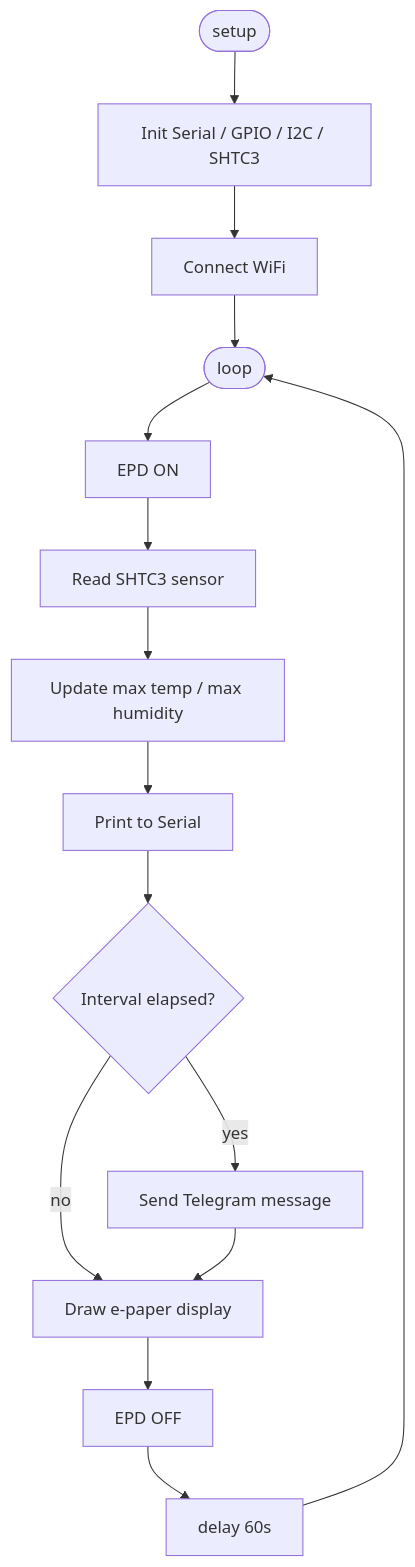
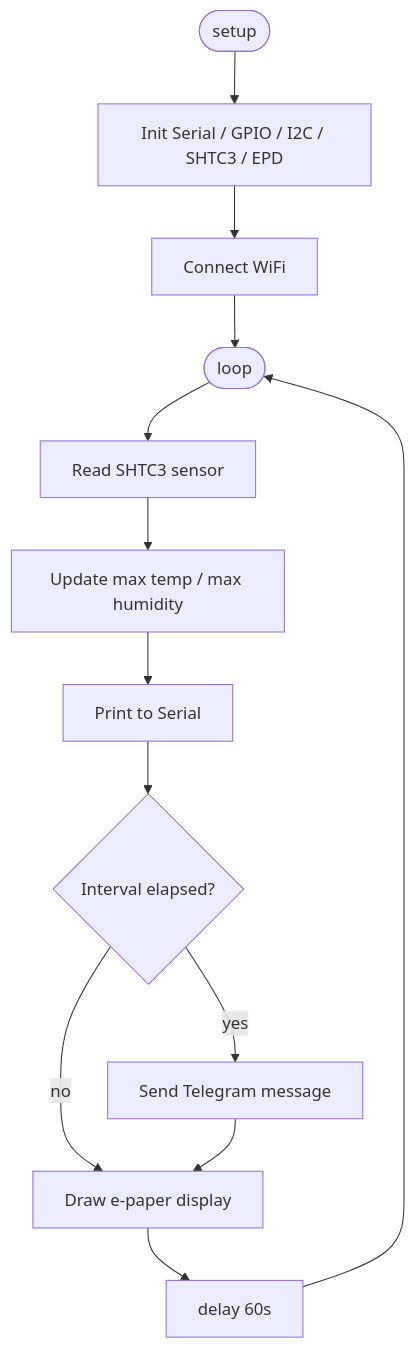
Before and after one commit to AlessandroLorenzi/hot-dog-2: the diagram in README.md, drawn with Mermaid.

Commit message:
Update diagram: EPD init in setup, remove EPD ON/OFF from loop

````diff
--- a/README.md
+++ b/README.md
@@ -42,17 +42,15 @@
 ```mermaid
 flowchart TD
-    A([setup]) --> B[Init Serial / GPIO / I2C / SHTC3]
+    A([setup]) --> B[Init Serial / GPIO / I2C / SHTC3 / EPD]
     B --> W[Connect WiFi]
     W --> C([loop])
-    C --> D[EPD ON]
-    D --> E[Read SHTC3 sensor]
+    C --> E[Read SHTC3 sensor]
     E --> F[Update max temp / max humidity]
     F --> K[Print to Serial]
     K --> L{Interval elapsed?}
     L -- no  --> N
     L -- yes --> M[Send Telegram message]
     M --> N[Draw e-paper display]
-    N --> O[EPD OFF]
-    O --> P[delay 60s]
+    N --> P[delay 60s]
     P --> C
 ```
````
